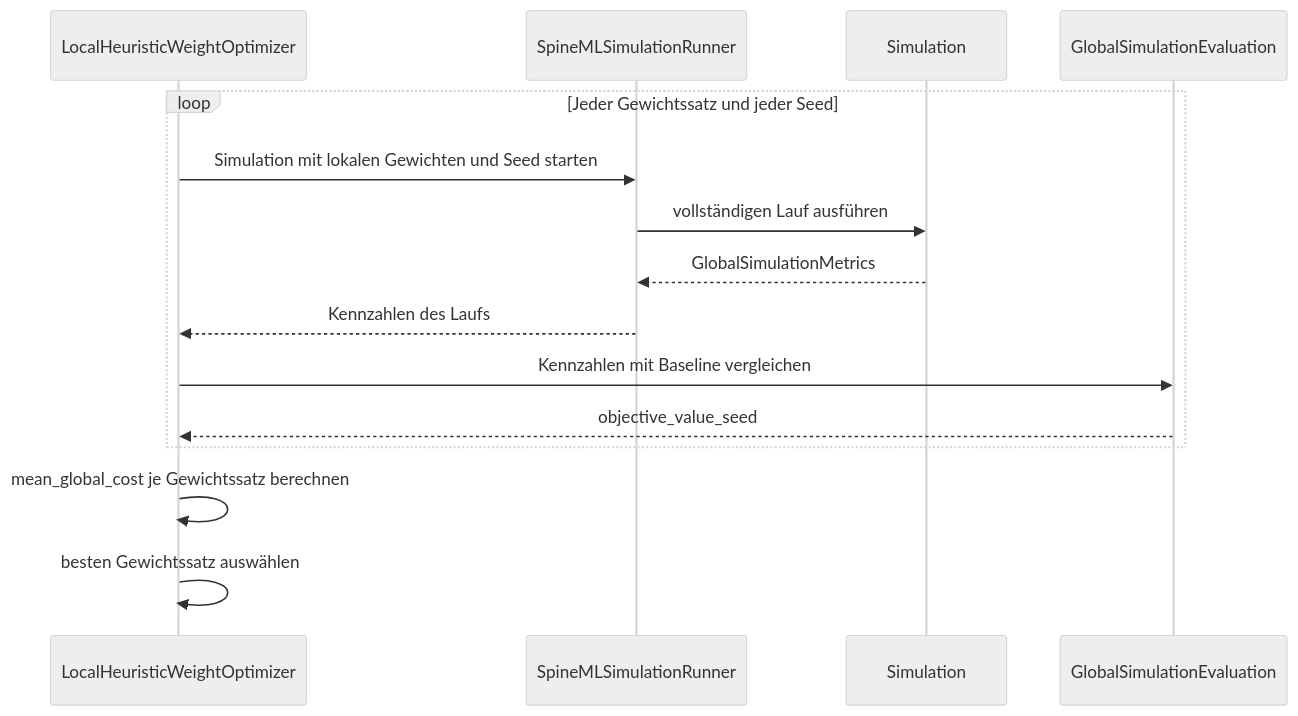
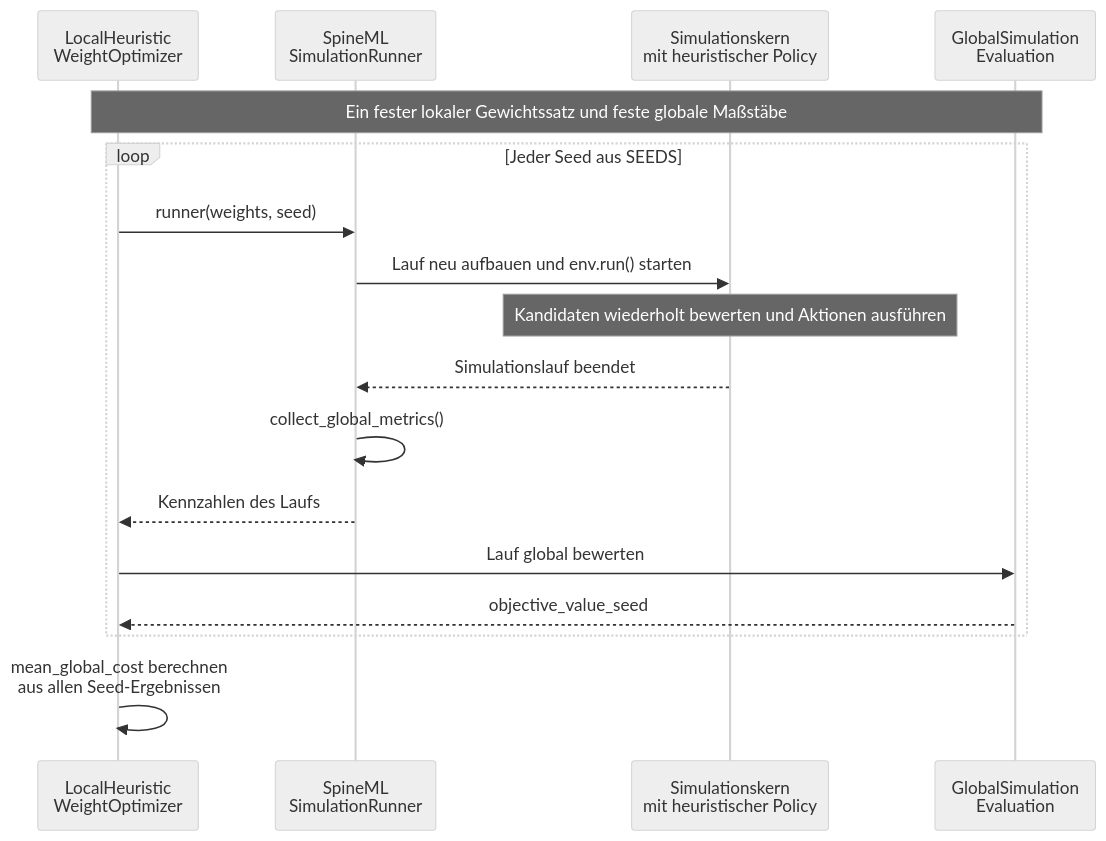
Diagram 14 of 14 in README.md (ghackenberg/SpineML), drawn with Mermaid (neutral theme) before and after one commit. The commit also changed other lines of this file, not shown here.

Commit message:
Restructure optimization documentation with two complementary diagrams

````diff
--- a/README.md
+++ b/README.md
@@ -2056,18 +2079,20 @@
 ```mermaid
 sequenceDiagram
-    participant Optimizer as LocalHeuristicWeightOptimizer
-    participant Runner as SpineMLSimulationRunner
-    participant Sim as Simulation
-    participant Evaluation as GlobalSimulationEvaluation
+    participant Optimizer as LocalHeuristic<br/>WeightOptimizer
+    participant Runner as SpineML<br/>SimulationRunner
+    participant Sim as Simulationskern<br/>mit heuristischer Policy
+    participant Evaluation as GlobalSimulation<br/>Evaluation
 
-    loop Jeder Gewichtssatz und jeder Seed
-        Optimizer->>Runner: Simulation mit lokalen Gewichten und Seed starten
-        Runner->>Sim: vollständigen Lauf ausführen
-        Sim-->>Runner: GlobalSimulationMetrics
+    Note over Optimizer,Evaluation: Ein fester lokaler Gewichtssatz und feste globale Maßstäbe
+    loop Jeder Seed aus SEEDS
+        Optimizer->>Runner: runner(weights, seed)
+        Runner->>Sim: Lauf neu aufbauen und env.run() starten
+        Note over Sim: Kandidaten wiederholt bewerten und Aktionen ausführen
+        Sim-->>Runner: Simulationslauf beendet
+        Runner->>Runner: collect_global_metrics()
         Runner-->>Optimizer: Kennzahlen des Laufs
-        Optimizer->>Evaluation: Kennzahlen mit Baseline vergleichen
+        Optimizer->>Evaluation: Lauf global bewerten
         Evaluation-->>Optimizer: objective_value_seed
     end
-    Optimizer->>Optimizer: mean_global_cost je Gewichtssatz berechnen
-    Optimizer->>Optimizer: besten Gewichtssatz auswählen
+    Optimizer->>Optimizer: mean_global_cost berechnen<br/>aus allen Seed-Ergebnissen
 ```
````
